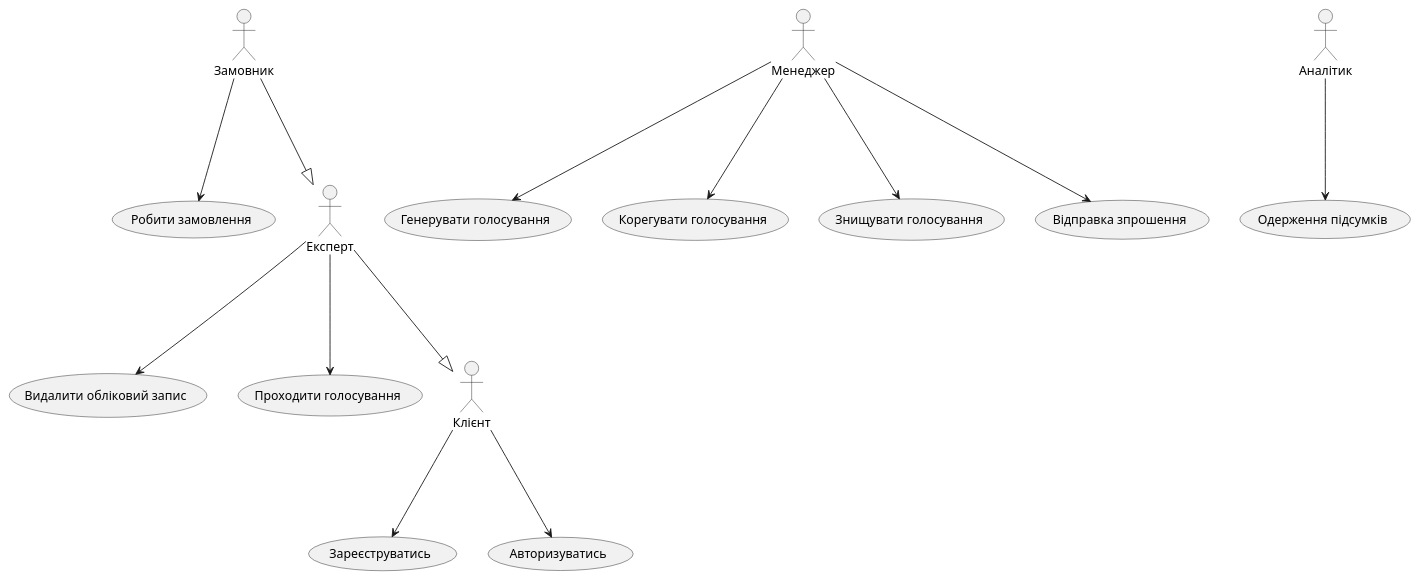
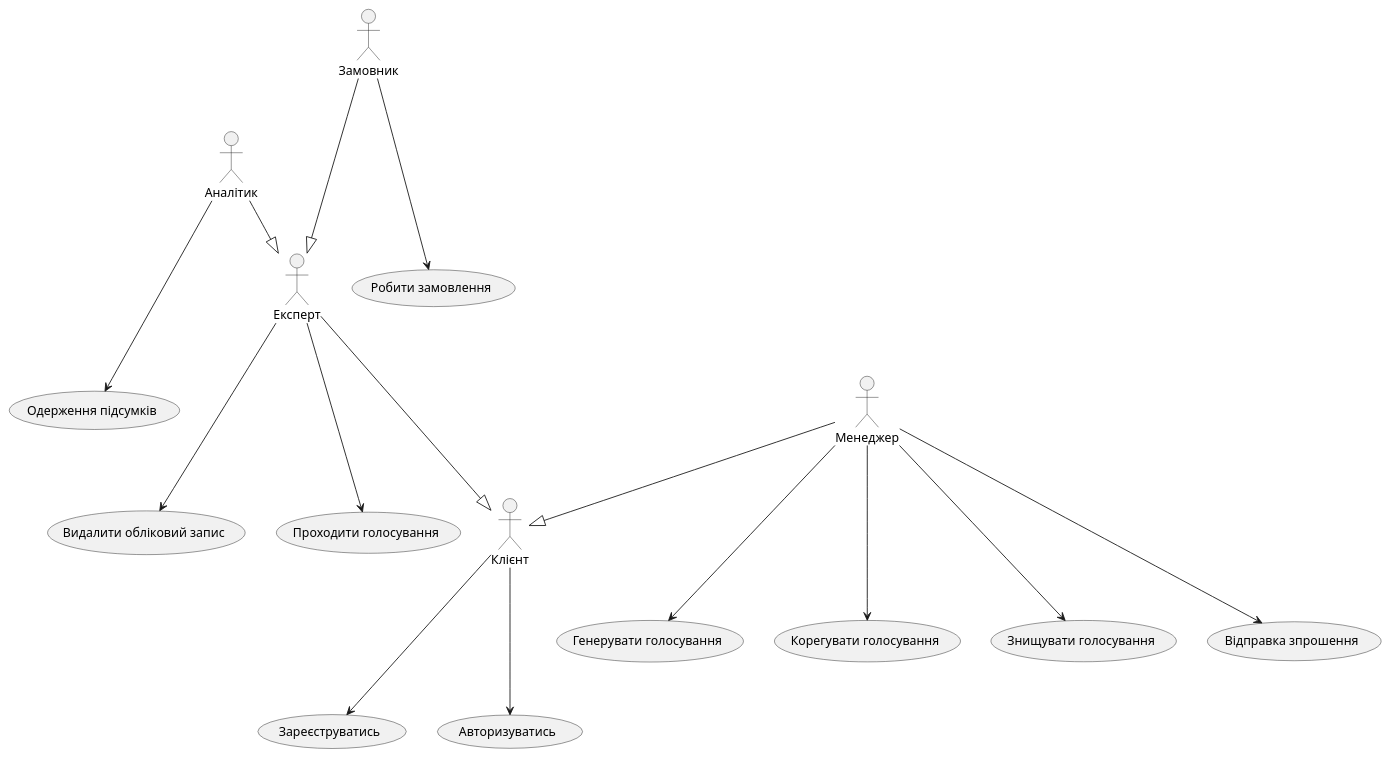
Before and after one commit to YehorSeniuk/IOO: the first of 16 diagrams in docs/use cases/README.md, drawn with PlantUML. The commit also changed other lines of this file, not shown here.

```diff
--- a/docs/use cases/README.md
+++ b/docs/use cases/README.md
@@ -4,28 +4,31 @@
 @startuml
 
 usecase "Зареєструватись" as NEW_CUSTOMER_CREATE_POLLATION
 usecase "Авторизуватись" as CUSTOMER_AUTHORIZATION
 usecase "Генерувати голосування" as CREATE_POLL
 usecase "Корегувати голосування" as POLL_REDACTION
 usecase "Знищувати голосування" as POLL_DISTRACTION
 usecase "Одерження підсумків" as RECEIVE_SUMMARY
 usecase "Відправка зпрошення" as SEND_POLL
 usecase "Видалити обліковий запис" as CLIENT_DISTRACTION
 usecase "Проходити голосування" as VOTE
 usecase "Робити замовлення" as MAKE_ORDER
 
 
 Клієнт ---> NEW_CUSTOMER_CREATE_POLLATION
 Клієнт ---> CUSTOMER_AUTHORIZATION
 Експерт ---> CLIENT_DISTRACTION
 Експерт ---> VOTE
 Менеджер ---> CREATE_POLL
 Менеджер ---> POLL_REDACTION
 Менеджер ---> POLL_DISTRACTION
 Менеджер ---> SEND_POLL
 Аналітик ---> RECEIVE_SUMMARY
 Замовник ---> MAKE_ORDER
 
 Замовник ---|> Експерт
 Експерт ---|> Клієнт
+Менеджер --|> Клієнт
+Аналітик --|> Експерт
+
 @enduml
```
